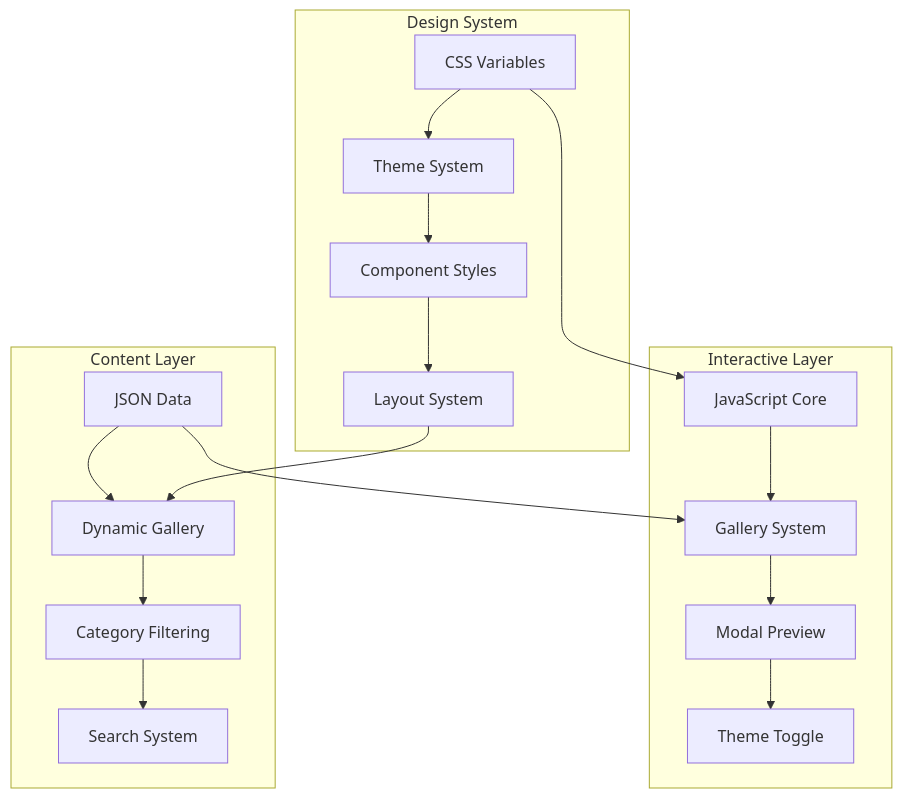
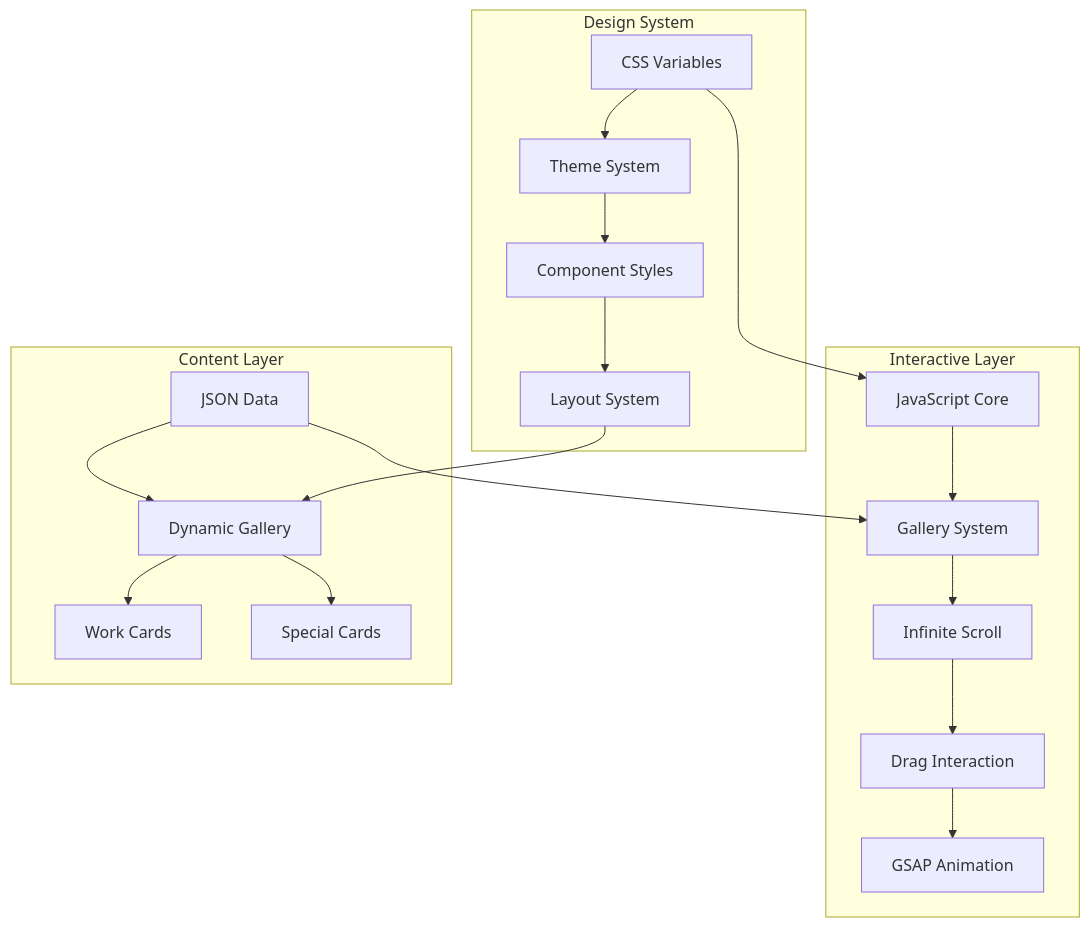
One commit to ChanMeng666/design-pages changed the first of 2 diagrams in README.md. Above: the diagram before and after it, drawn with Mermaid. The commit also changed other lines of this file and 22 other files, not shown here.

````diff
--- a/README.md
+++ b/README.md
@@ -343,24 +343,25 @@
 ```mermaid
 graph TB
     subgraph "Design System"
         A[CSS Variables] --> B[Theme System]
         B --> C[Component Styles]
         C --> D[Layout System]
     end
-    
+
     subgraph "Interactive Layer"
         E[JavaScript Core] --> F[Gallery System]
-        F --> G[Modal Preview]
-        G --> H[Theme Toggle]
+        F --> G[Infinite Scroll]
+        G --> H[Drag Interaction]
+        H --> I[GSAP Animation]
     end
-    
+
     subgraph "Content Layer"
-        I[JSON Data] --> J[Dynamic Gallery]
-        J --> K[Category Filtering]
-        K --> L[Search System]
+        J[JSON Data] --> K[Dynamic Gallery]
+        K --> L[Work Cards]
+        K --> M[Special Cards]
     end
-    
+
     A --> E
-    I --> F
-    D --> J
+    J --> F
+    D --> K
 ```
````
